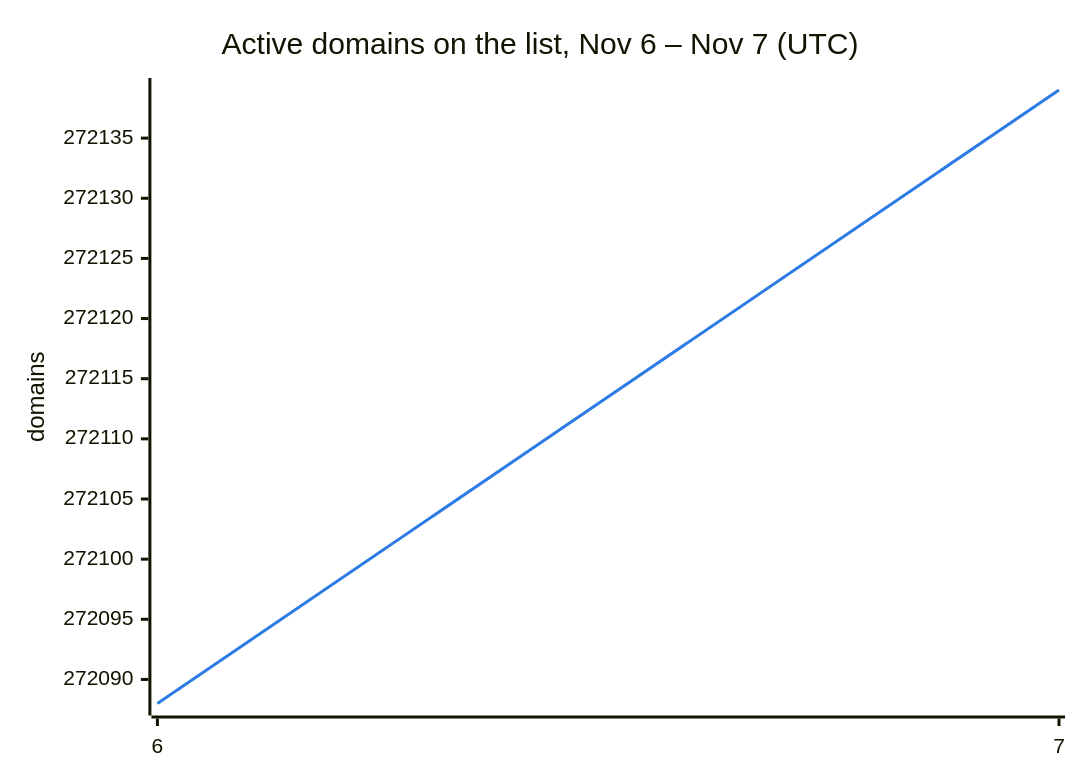
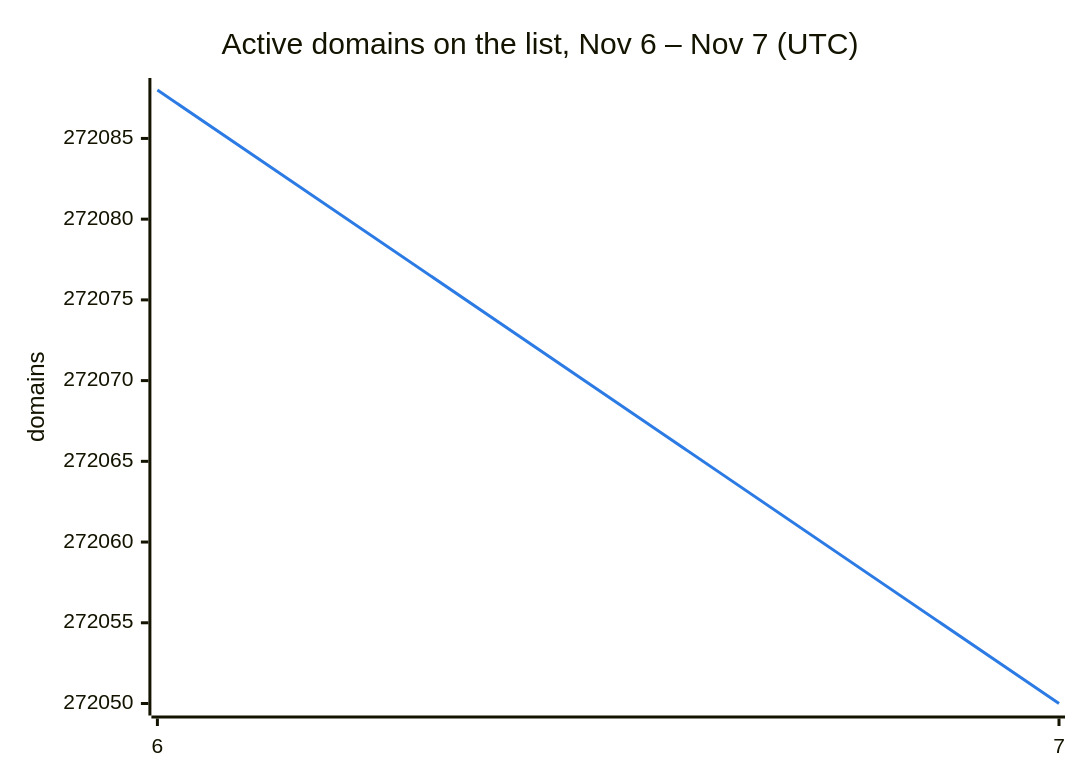
Before and after one commit to DNSBunker/CTI: the second of 3 diagrams in README.md, drawn with Mermaid. The commit also changed other lines of this file and 3 other files, not shown here.

````diff
--- a/README.md
+++ b/README.md
@@ -38,8 +38,8 @@
 ```mermaid
 %%{init: {"themeVariables": {"xyChart": {"plotColorPalette": "#2c7be5"}}}}%%
 xychart-beta
     title "Active domains on the list, Nov 6 – Nov 7 (UTC)"
     x-axis ["6", "7"]
     y-axis "domains"
-    line [272088, 272139]
+    line [272088, 272050]
 ```
````
